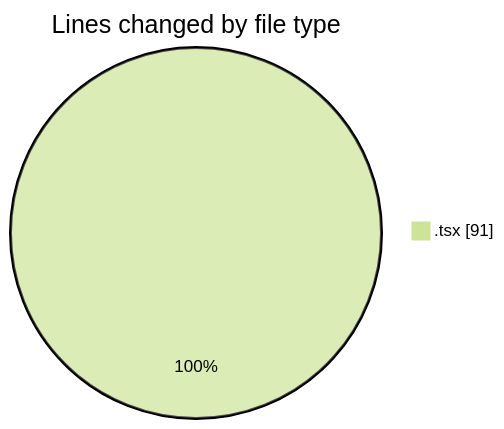
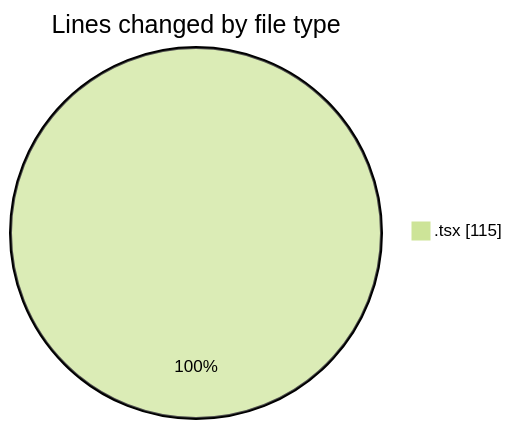
One commit to EIIisD/code-tracking changed the first of 2 diagrams in 2025-08-04/tw-server/README.md. Above: the diagram before and after it, drawn with Mermaid (forest theme). The commit also changed other lines of this file and 1 other file, not shown here.

````diff
--- a/2025-08-04/tw-server/README.md
+++ b/2025-08-04/tw-server/README.md
@@ -20,5 +21,5 @@
 ```mermaid
 pie showData
 title Lines changed by file type
-".tsx" : 91
+".tsx" : 115
 ```
````
